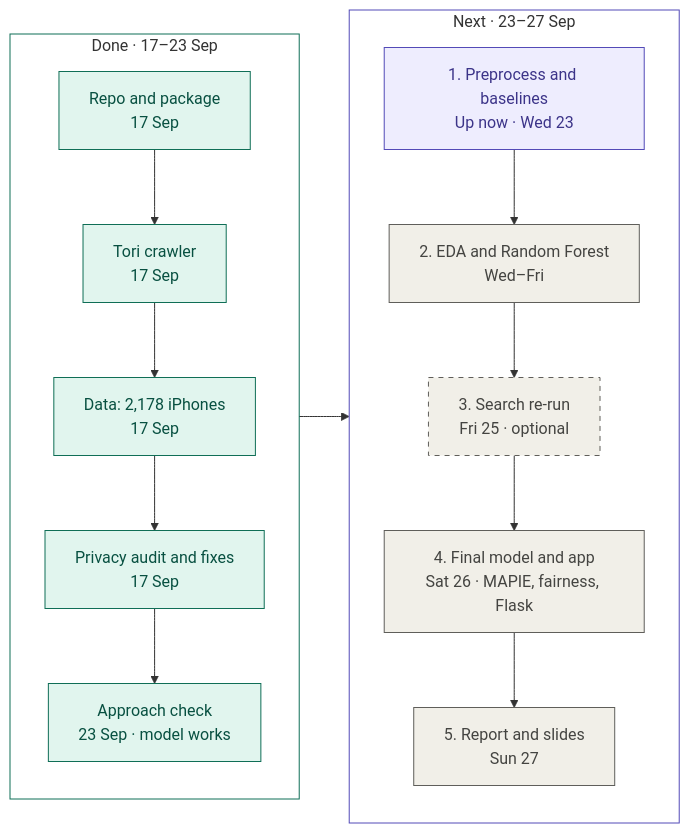
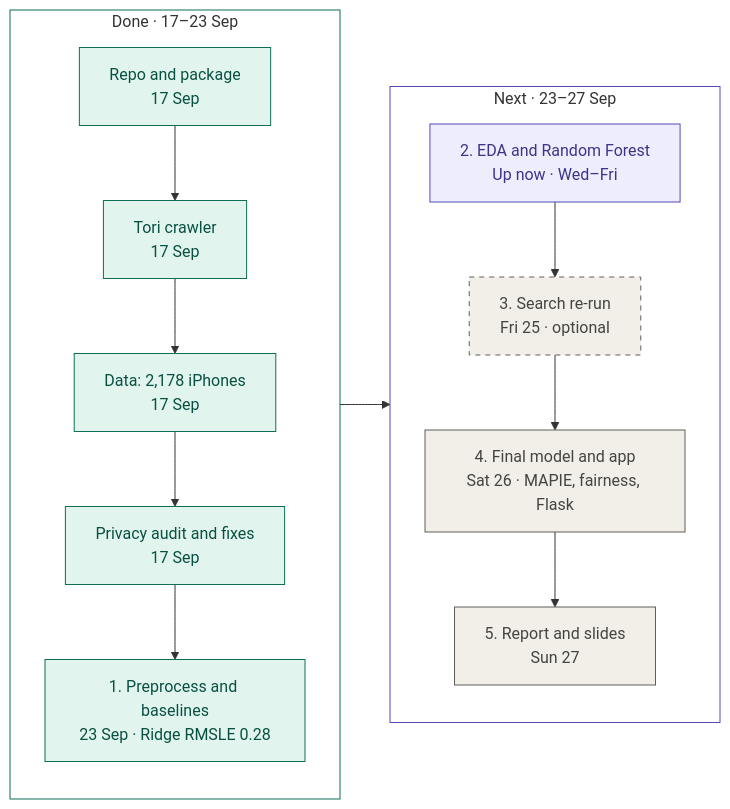
The first of 2 diagrams in README.md (HashirSalam/priced-right), drawn with Mermaid before and after one commit. The commit also changed other lines of this file and 12 other files, not shown here.

````diff
--- a/README.md
+++ b/README.md
@@ -32,23 +34,23 @@
 ```mermaid
 flowchart LR
     subgraph done["Done · 17–23 Sep"]
         direction TB
-        a["Repo and package<br/>17 Sep"] --> b["Tori crawler<br/>17 Sep"] --> c["Data: 2,178 iPhones<br/>17 Sep"] --> d["Privacy audit and fixes<br/>17 Sep"] --> e["Approach check<br/>23 Sep · model works"]
+        a["Repo and package<br/>17 Sep"] --> b["Tori crawler<br/>17 Sep"] --> c["Data: 2,178 iPhones<br/>17 Sep"] --> d["Privacy audit and fixes<br/>17 Sep"] --> s1["1. Preprocess and baselines<br/>23 Sep · Ridge RMSLE 0.28"]
     end
     subgraph next["Next · 23–27 Sep"]
         direction TB
-        s1["1. Preprocess and baselines<br/>Up now · Wed 23"] --> s2["2. EDA and Random Forest<br/>Wed–Fri"] --> s3["3. Search re-run<br/>Fri 25 · optional"] --> s4["4. Final model and app<br/>Sat 26 · MAPIE, fairness, Flask"] --> s5["5. Report and slides<br/>Sun 27"]
+        s2["2. EDA and Random Forest<br/>Up now · Wed–Fri"] --> s3["3. Search re-run<br/>Fri 25 · optional"] --> s4["4. Final model and app<br/>Sat 26 · MAPIE, fairness, Flask"] --> s5["5. Report and slides<br/>Sun 27"]
     end
     done --> next
 
     classDef done fill:#E1F5EE,stroke:#0F6E56,color:#085041
     classDef now fill:#EEEDFE,stroke:#534AB7,color:#3C3489
     classDef upcoming fill:#F1EFE8,stroke:#5F5E5A,color:#444441
     classDef optional fill:#F1EFE8,stroke:#5F5E5A,color:#444441,stroke-dasharray: 5 5
-    class a,b,c,d,e done
-    class s1 now
-    class s2,s4,s5 upcoming
+    class a,b,c,d,s1 done
+    class s2 now
+    class s4,s5 upcoming
     class s3 optional
     style done fill:none,stroke:#0F6E56
     style next fill:none,stroke:#534AB7
 ```
````
